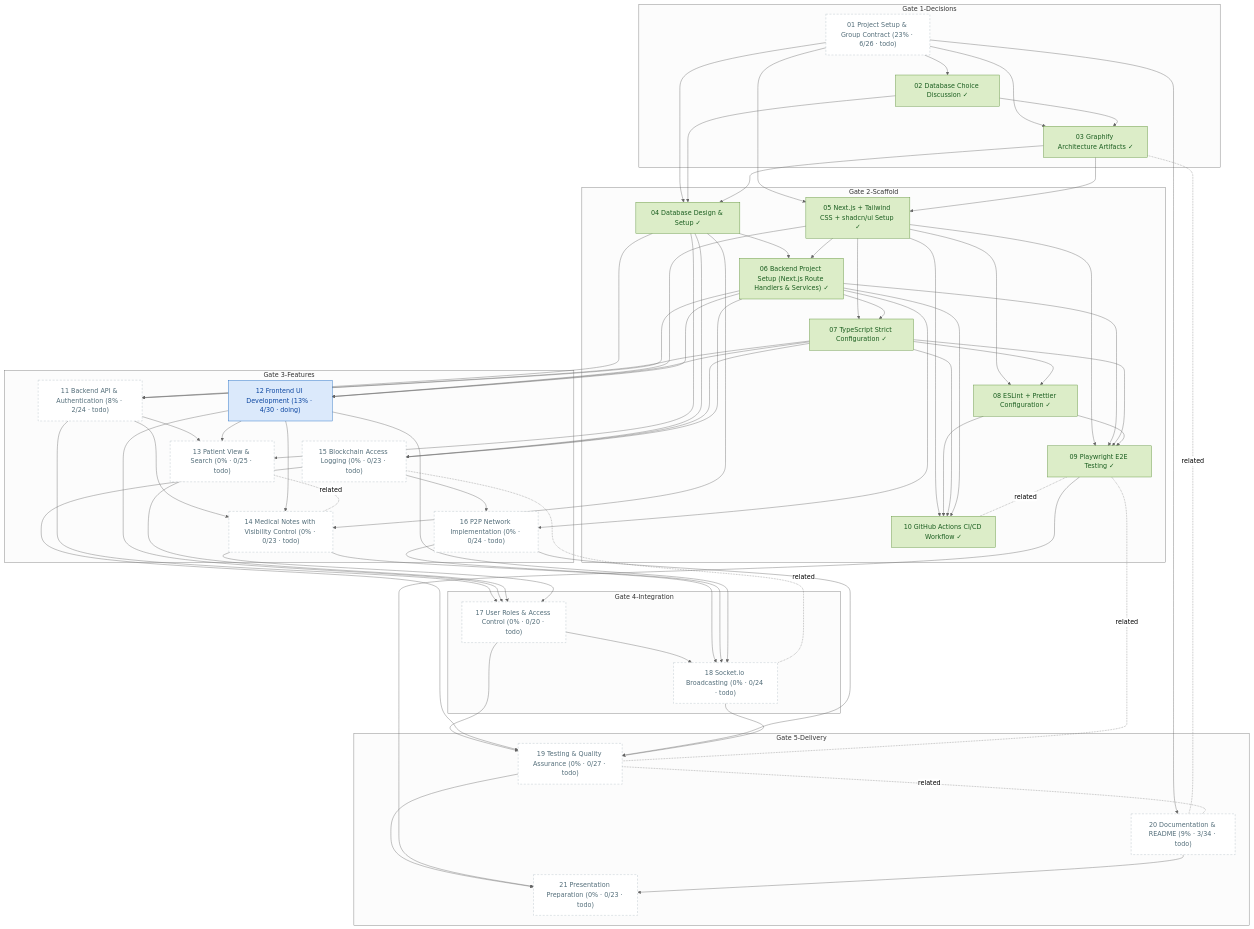
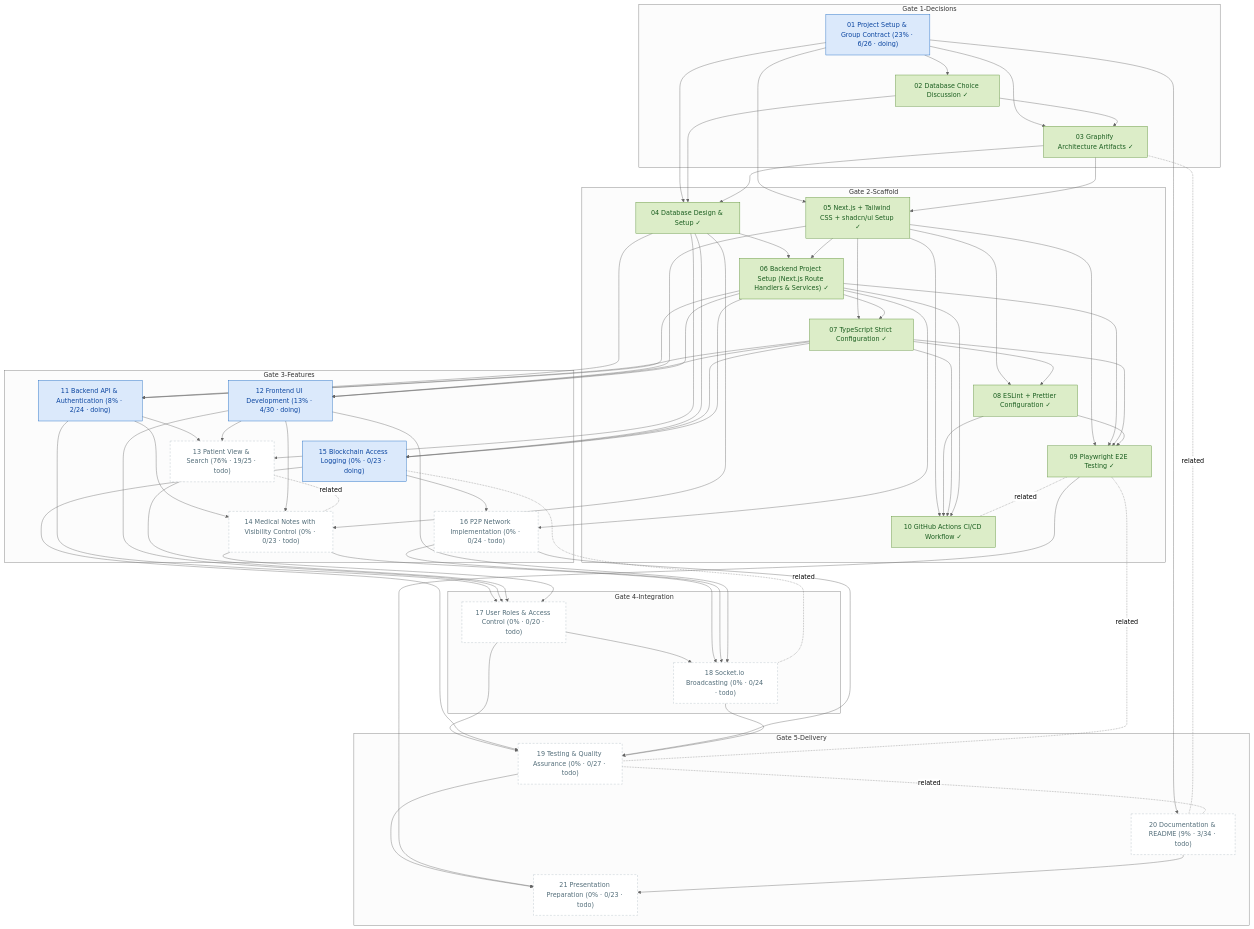
One commit to matdevstamp/inl-3-awesome-journal changed the diagram in docs/diagrams/task-dependencies.md. Above: the diagram before and after it, drawn with Mermaid (neutral theme). The commit also changed 5 other files, not shown here.

Commit message:
docs: sync draft tasks with project board and regenerate diagrams

```diff
--- a/docs/diagrams/task-dependencies.md
+++ b/docs/diagrams/task-dependencies.md
@@ -30,7 +30,7 @@
     %% Dotted line A -. related .- B: A and B are related
     %% Colors: green done · blue in progress · dashed gray todo (not started)
     subgraph decisions["Gate 1-Decisions"]
-    T01["01 Project Setup & Group Contract (23% · 6/26 · todo)"]
+    T01["01 Project Setup & Group Contract (23% · 6/26 · doing)"]
     T02["02 Database Choice Discussion ✓"]
     T03["03 Graphify Architecture Artifacts ✓"]
     end
@@ -44,11 +44,11 @@
     T10["10 GitHub Actions CI/CD Workflow ✓"]
     end
     subgraph features["Gate 3-Features"]
-    T11["11 Backend API & Authentication (8% · 2/24 · todo)"]
+    T11["11 Backend API & Authentication (8% · 2/24 · doing)"]
     T12["12 Frontend UI Development (13% · 4/30 · doing)"]
-    T13["13 Patient View & Search (0% · 0/25 · todo)"]
+    T13["13 Patient View & Search (76% · 19/25 · todo)"]
     T14["14 Medical Notes with Visibility Control (0% · 0/23 · todo)"]
-    T15["15 Blockchain Access Logging (0% · 0/23 · todo)"]
+    T15["15 Blockchain Access Logging (0% · 0/23 · doing)"]
     T16["16 P2P Network Implementation (0% · 0/24 · todo)"]
     end
     subgraph integration["Gate 4-Integration"]
@@ -124,7 +124,7 @@
     classDef done fill:#dcedc8,stroke:#558b2f,color:#1b5e20
     classDef doing fill:#dbe9fb,stroke:#1565c0,color:#0d47a1
     classDef todo fill:#ffffff,stroke:#b0bec5,color:#546e7a,stroke-dasharray:5 4
-    class T01 todo;
+    class T01 doing;
     class T02 done;
     class T03 done;
     class T04 done;
@@ -134,11 +134,11 @@
     class T08 done;
     class T09 done;
     class T10 done;
-    class T11 todo;
+    class T11 doing;
     class T12 doing;
     class T13 todo;
     class T14 todo;
-    class T15 todo;
+    class T15 doing;
     class T16 todo;
     class T17 todo;
     class T18 todo;
```
